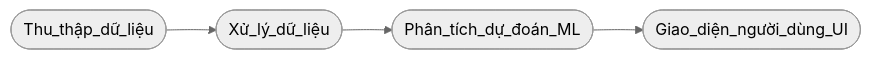
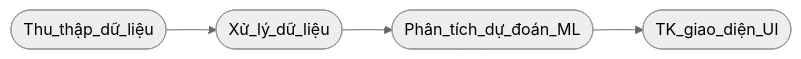
The second of 2 diagrams in Chiến lược SP/A.Chiến lược phát triển sản phẩm AI.md (hoanglong8/FoxAI-Data-Analyst), drawn with Mermaid (neutral theme) before and after one commit. The commit also changed other lines of this file, not shown here.

````diff
--- a/Chiến lược SP/A.Chiến lược phát triển sản phẩm AI.md
+++ b/Chiến lược SP/A.Chiến lược phát triển sản phẩm AI.md
@@ -66,4 +145,4 @@
 ```mermaid
 flowchart LR
-    id1([Thu_thập_dữ_liệu]) --> id2([Xử_lý_dữ_liệu]) --> id3([Phân_tích_dự_đoán_ML]) --> id4([Giao_diện_người_dùng_UI])
+    id1([Thu_thập_dữ_liệu]) --> id2([Xử_lý_dữ_liệu]) --> id3([Phân_tích_dự_đoán_ML]) --> id4([TK_giao_diện_UI])
 ```
````
